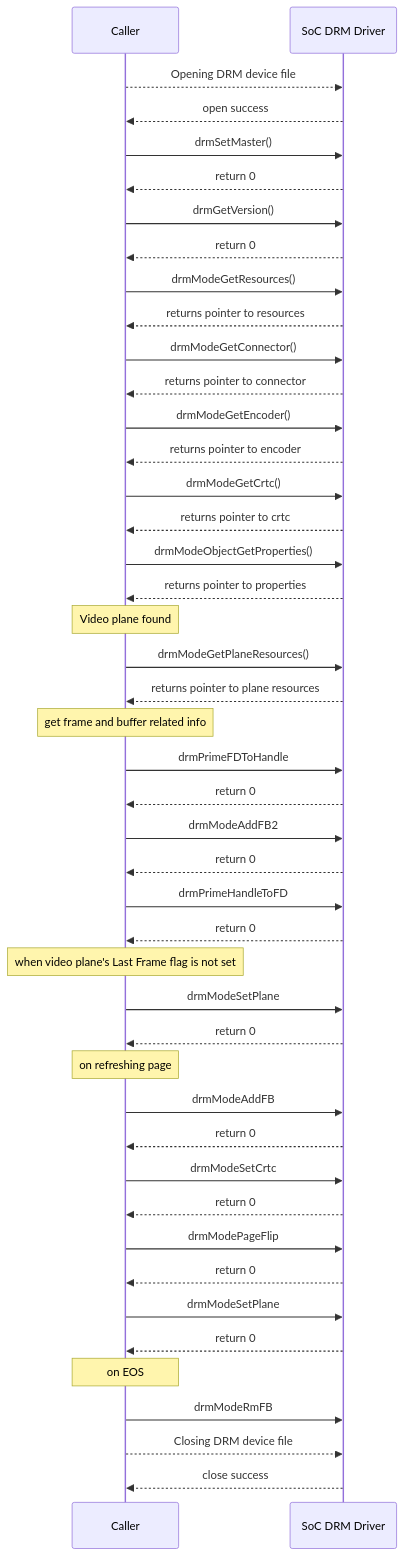
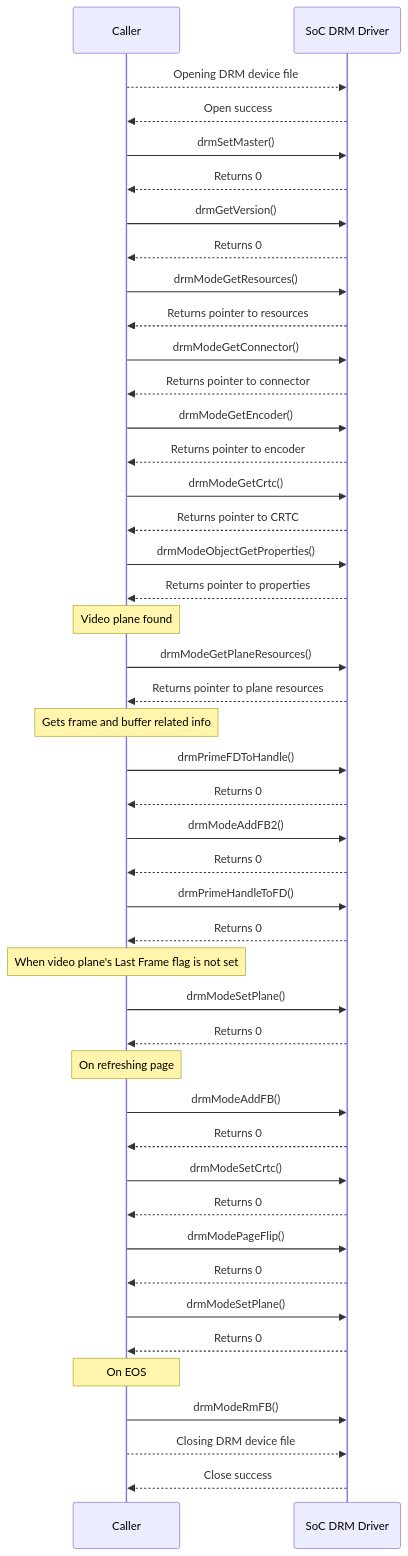
Before and after one commit to rdkcentral/rdk-halif-libdrm: the second of 2 diagrams in docs/pages/libdrm_halSpec.md, drawn with Mermaid. The commit also changed other lines of this file and 4 other files, not shown here.

````diff
--- a/docs/pages/libdrm_halSpec.md
+++ b/docs/pages/libdrm_halSpec.md
@@ -188,55 +247,55 @@
 ```mermaid
 
 sequenceDiagram
 participant Caller
 participant SoC DRM Driver
 
 Caller-->>SoC DRM Driver: Opening DRM device file
-SoC DRM Driver-->>Caller: open success
+SoC DRM Driver-->>Caller: Open success
 Caller->>SoC DRM Driver:drmSetMaster()
-SoC DRM Driver-->>Caller:return 0
+SoC DRM Driver-->>Caller:Returns 0
 Caller->>SoC DRM Driver:drmGetVersion()
-SoC DRM Driver-->>Caller:return 0
+SoC DRM Driver-->>Caller:Returns 0
 Caller->>SoC DRM Driver:drmModeGetResources()
-SoC DRM Driver-->>Caller: returns pointer to resources
+SoC DRM Driver-->>Caller: Returns pointer to resources
 Caller->>SoC DRM Driver:drmModeGetConnector()
-SoC DRM Driver-->>Caller: returns pointer to connector
+SoC DRM Driver-->>Caller: Returns pointer to connector
 Caller->>SoC DRM Driver:drmModeGetEncoder()
-SoC DRM Driver-->>Caller:returns pointer to encoder
+SoC DRM Driver-->>Caller:Returns pointer to encoder
 Caller->>SoC DRM Driver:drmModeGetCrtc()
-SoC DRM Driver-->>Caller:returns pointer to crtc
+SoC DRM Driver-->>Caller:Returns pointer to CRTC
 Caller->>SoC DRM Driver:drmModeObjectGetProperties()
-SoC DRM Driver-->>Caller:returns pointer to properties
+SoC DRM Driver-->>Caller:Returns pointer to properties
 
 Note over Caller:Video plane found
 Caller->>SoC DRM Driver:drmModeGetPlaneResources()
-SoC DRM Driver-->>Caller:returns pointer to plane resources
+SoC DRM Driver-->>Caller:Returns pointer to plane resources
 
-Note over Caller: get frame and buffer related info
-Caller->>SoC DRM Driver:drmPrimeFDToHandle
-SoC DRM Driver-->>Caller:return 0
-Caller->>SoC DRM Driver:drmModeAddFB2
-SoC DRM Driver-->>Caller:return 0
-Caller->>SoC DRM Driver:drmPrimeHandleToFD
-SoC DRM Driver-->>Caller:return 0
+Note over Caller: Gets frame and buffer related info
+Caller->>SoC DRM Driver:drmPrimeFDToHandle()
+SoC DRM Driver-->>Caller:Returns 0
+Caller->>SoC DRM Driver:drmModeAddFB2()
+SoC DRM Driver-->>Caller:Returns 0
+Caller->>SoC DRM Driver:drmPrimeHandleToFD()
+SoC DRM Driver-->>Caller:Returns 0
 
-Note over Caller: when video plane's Last Frame flag is not set
-Caller->>SoC DRM Driver:drmModeSetPlane
-SoC DRM Driver-->>Caller:return 0
+Note over Caller: When video plane's Last Frame flag is not set
+Caller->>SoC DRM Driver:drmModeSetPlane()
+SoC DRM Driver-->>Caller:Returns 0
 
-Note over Caller: on refreshing page
-Caller->>SoC DRM Driver:drmModeAddFB
-SoC DRM Driver-->>Caller:return 0
-Caller->>SoC DRM Driver:drmModeSetCrtc
-SoC DRM Driver-->>Caller:return 0
-Caller->>SoC DRM Driver:drmModePageFlip
-SoC DRM Driver-->>Caller:return 0
-Caller->>SoC DRM Driver:drmModeSetPlane
-SoC DRM Driver-->>Caller:return 0
+Note over Caller: On refreshing page
+Caller->>SoC DRM Driver:drmModeAddFB()
+SoC DRM Driver-->>Caller:Returns 0
+Caller->>SoC DRM Driver:drmModeSetCrtc()
+SoC DRM Driver-->>Caller:Returns 0
+Caller->>SoC DRM Driver:drmModePageFlip()
+SoC DRM Driver-->>Caller:Returns 0
+Caller->>SoC DRM Driver:drmModeSetPlane()
+SoC DRM Driver-->>Caller:Returns 0
 
-Note over Caller: on EOS
-Caller->>SoC DRM Driver:drmModeRmFB
+Note over Caller: On EOS
+Caller->>SoC DRM Driver:drmModeRmFB()
 Caller-->>SoC DRM Driver: Closing DRM device file
-SoC DRM Driver-->>Caller: close success
+SoC DRM Driver-->>Caller: Close success
 
 ```
````
